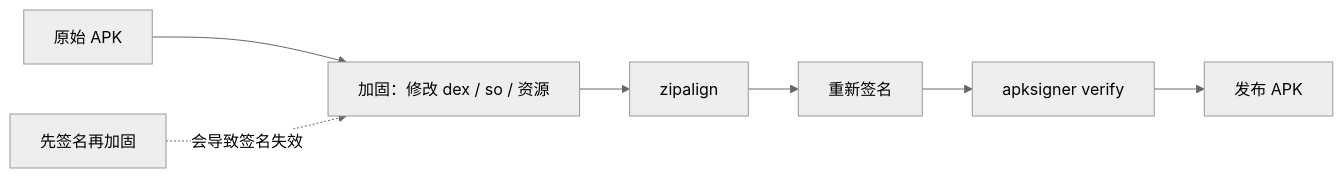
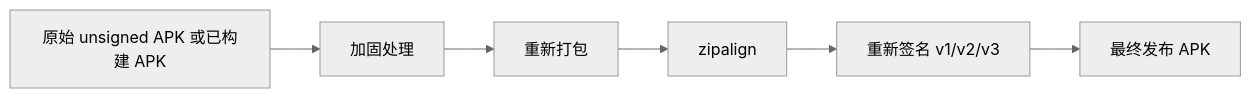
The seventh of 12 diagrams in android插件相关/App加固详解.md (junyingzhao001/StudyNotes), drawn with Mermaid (neutral theme) before and after one commit. The commit also changed other lines of this file and 3 other files, not shown here.

````diff
--- a/android插件相关/App加固详解.md
+++ b/android插件相关/App加固详解.md
@@ -623,9 +635,8 @@
 ```mermaid
 flowchart LR
-  Source["原始 APK"] --> Reinforce["加固：修改 dex / so / 资源"]
-  Reinforce --> Align["zipalign"]
-  Align --> Sign["重新签名"]
-  Sign --> Verify["apksigner verify"]
-  Verify --> Release["发布 APK"]
-  Wrong["先签名再加固"] -.会导致签名失效.-> Reinforce
+    A["原始 unsigned APK 或已构建 APK"] --> B["加固处理"]
+    B --> C["重新打包"]
+    C --> D["zipalign"]
+    D --> E["重新签名 v1/v2/v3"]
+    E --> F["最终发布 APK"]
 ```
````
